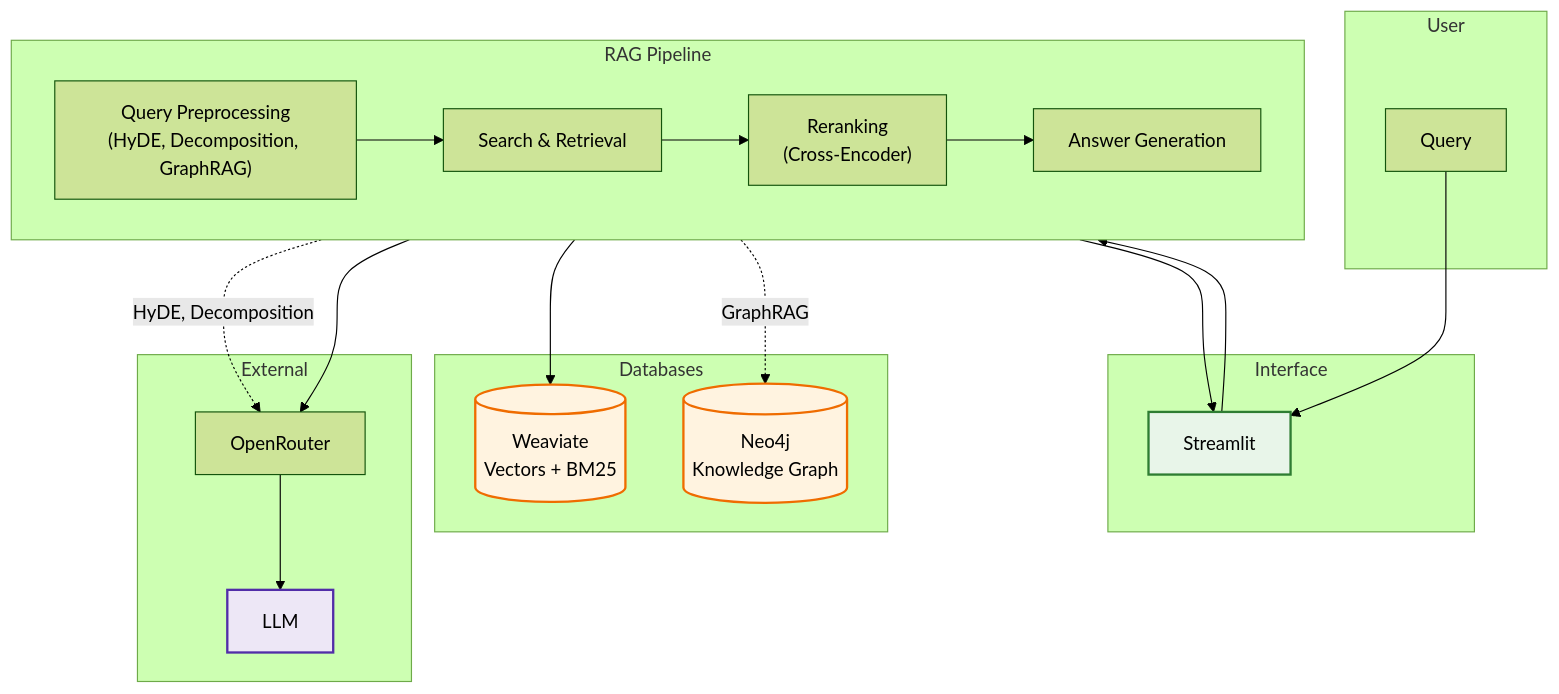
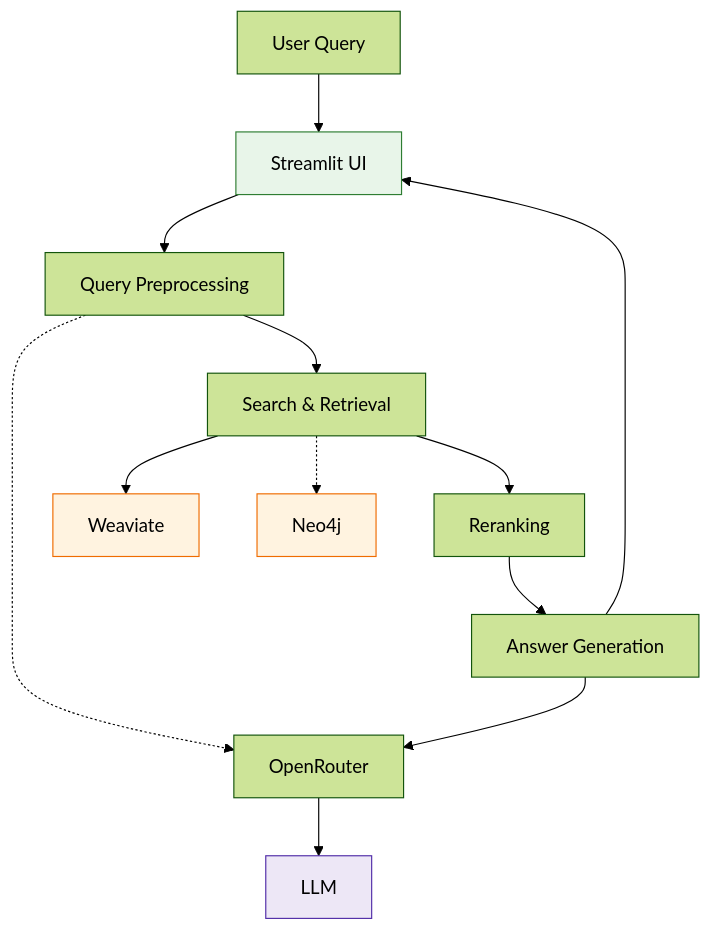
One commit to crlsrmrlsz/rag1-mini changed the first of 6 diagrams in README.md. Above: the diagram before and after it, drawn with Mermaid (forest theme).

Commit message:
docs(readme): simplify architecture diagram for Excalidraw conversion

````diff
--- a/README.md
+++ b/README.md
@@ -15,50 +15,32 @@
 ```mermaid
 flowchart TB
-    subgraph USER["User"]
-        U["Query"]
-    end
+    U["User Query"]
+    ST["Streamlit UI"]
+    PRE["Query Preprocessing"]
+    SEARCH["Search & Retrieval"]
+    RERANK["Reranking"]
+    GEN["Answer Generation"]
+    OR["OpenRouter"]
+    LLM["LLM"]
+    WV["Weaviate"]
+    N4J["Neo4j"]
 
-    subgraph UI["Interface"]
-        ST["Streamlit"]
-    end
-
-    subgraph CORE["RAG Pipeline"]
-        direction LR
-        PRE["Query Preprocessing<br/>(HyDE, Decomposition, GraphRAG)"]
-        SEARCH["Search & Retrieval"]
-        RERANK["Reranking<br/>(Cross-Encoder)"]
-        GEN["Answer Generation"]
-        PRE --> SEARCH --> RERANK --> GEN
-    end
-
-    subgraph EXT["External"]
-        OR["OpenRouter"]
-        LLM["LLM"]
-        OR --> LLM
-    end
-
-    subgraph DBS["Databases"]
-        WV[("Weaviate<br/>Vectors + BM25")]
-        N4J[("Neo4j<br/>Knowledge Graph")]
-    end
-
-    %% User flow
-    U --> ST --> PRE
-
-    %% Core to LLM
-    PRE -.->|HyDE, Decomposition| OR
-    GEN --> OR
-
-    %% Core to databases
-    SEARCH --> WV
-    SEARCH -.->|GraphRAG| N4J
-
-    %% Output
+    U --> ST
+    ST --> PRE
+    PRE --> SEARCH
+    SEARCH --> RERANK
+    RERANK --> GEN
     GEN --> ST
 
-    %% Styling
-    style ST fill:#e8f5e9,stroke:#2e7d32,stroke-width:2px
-    style WV fill:#fff3e0,stroke:#ef6c00,stroke-width:2px
-    style N4J fill:#fff3e0,stroke:#ef6c00,stroke-width:2px
-    style LLM fill:#ede7f6,stroke:#512da8,stroke-width:2px
+    PRE -.-> OR
+    GEN --> OR
+    OR --> LLM
+
+    SEARCH --> WV
+    SEARCH -.-> N4J
+
+    style ST fill:#e8f5e9,stroke:#2e7d32
+    style WV fill:#fff3e0,stroke:#ef6c00
+    style N4J fill:#fff3e0,stroke:#ef6c00
+    style LLM fill:#ede7f6,stroke:#512da8
 ```
````
